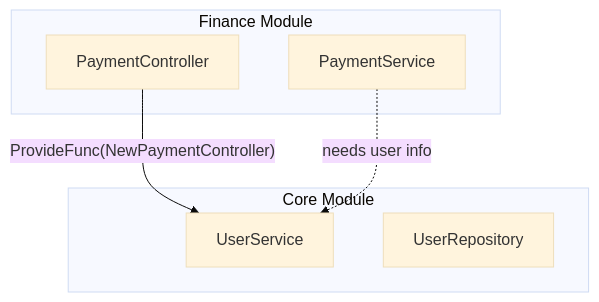
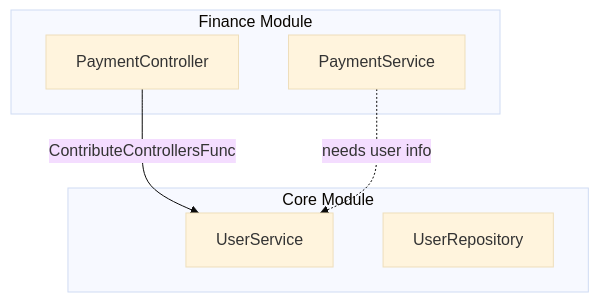
One commit to iota-uz/iota-sdk changed the tenth of 13 diagrams in docs/content/architecture/module-system.mdx. Above: the diagram before and after it, drawn with Mermaid (base theme). The commit also changed 4 other files, not shown here.

````diff
--- a/docs/content/architecture/module-system.mdx
+++ b/docs/content/architecture/module-system.mdx
@@ -335,15 +335,15 @@
 ```mermaid
 graph TB
     subgraph "Finance Module"
         A[PaymentService]
         B[PaymentController]
     end
     
     subgraph "Core Module"
         C[UserService]
         D[UserRepository]
     end
     
-    B -->|"ProvideFunc(NewPaymentController)"| C
+    B -->|"ContributeControllersFunc"| C
     A -.->|"needs user info"| C
 ```
````
